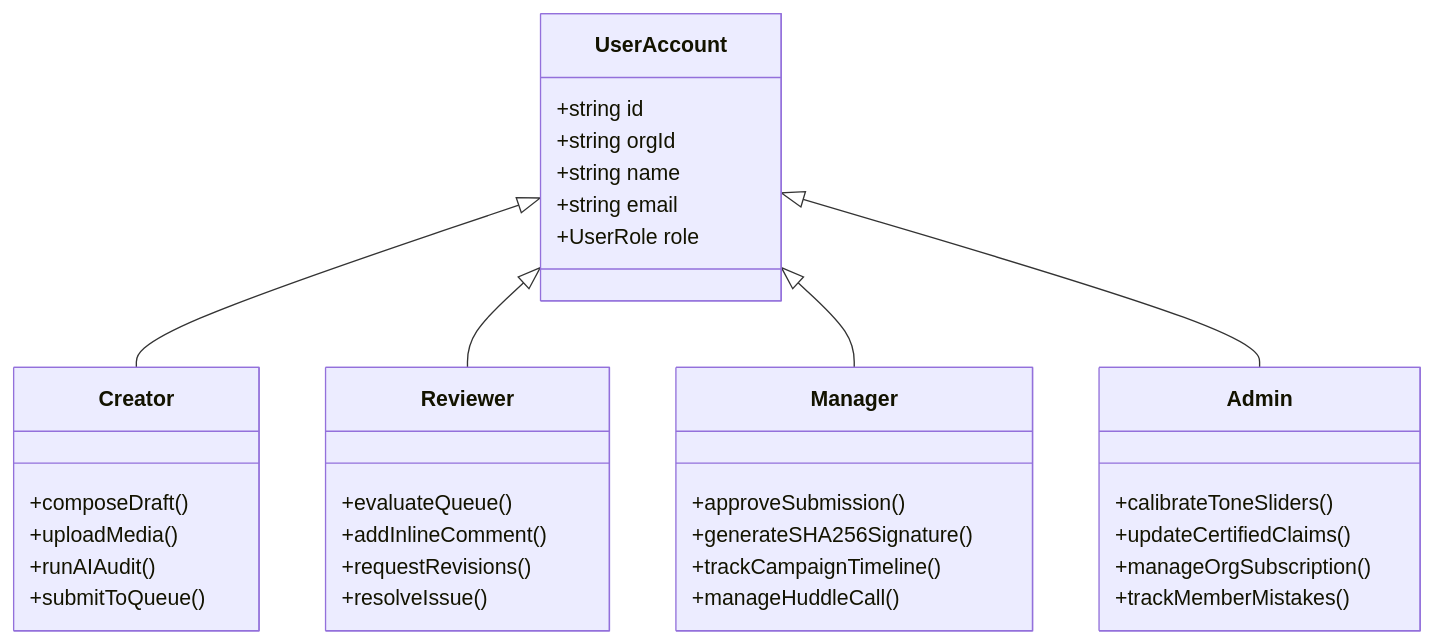
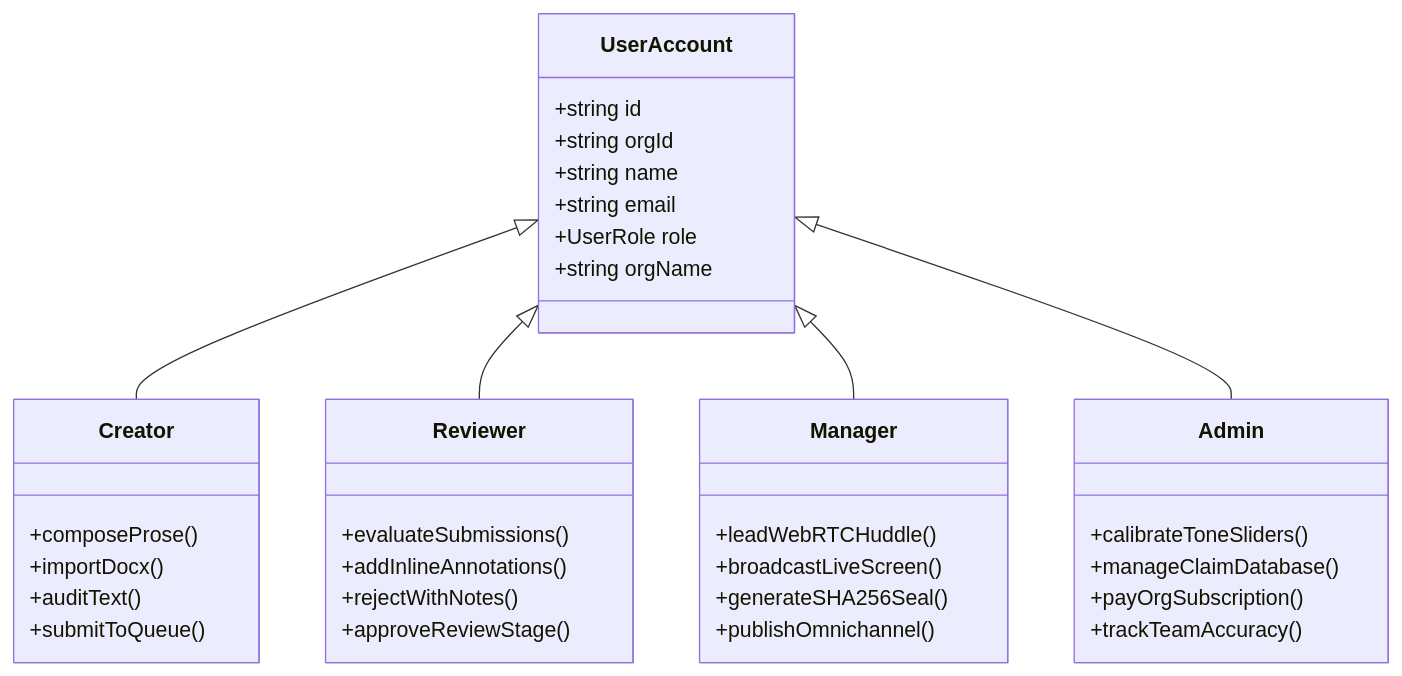
One commit to SmartyGamerZYT/VibeCheck-AI changed the third of 4 diagrams in Docs/PRD.md. Above: the diagram before and after it, drawn with Mermaid. The commit also changed other lines of this file and 14 other files, not shown here.

````diff
--- a/Docs/PRD.md
+++ b/Docs/PRD.md
@@ -43,38 +121,39 @@
 ```mermaid
 classDiagram
     class UserAccount {
         +string id
         +string orgId
         +string name
         +string email
         +UserRole role
+        +string orgName
     }
     class Creator {
-        +composeDraft()
-        +uploadMedia()
-        +runAIAudit()
+        +composeProse()
+        +importDocx()
+        +auditText()
         +submitToQueue()
     }
     class Reviewer {
-        +evaluateQueue()
-        +addInlineComment()
-        +requestRevisions()
-        +resolveIssue()
+        +evaluateSubmissions()
+        +addInlineAnnotations()
+        +rejectWithNotes()
+        +approveReviewStage()
     }
     class Manager {
-        +approveSubmission()
-        +generateSHA256Signature()
-        +trackCampaignTimeline()
-        +manageHuddleCall()
+        +leadWebRTCHuddle()
+        +broadcastLiveScreen()
+        +generateSHA256Seal()
+        +publishOmnichannel()
     }
     class Admin {
         +calibrateToneSliders()
-        +updateCertifiedClaims()
-        +manageOrgSubscription()
-        +trackMemberMistakes()
+        +manageClaimDatabase()
+        +payOrgSubscription()
+        +trackTeamAccuracy()
     }
     UserAccount <|-- Creator
     UserAccount <|-- Reviewer
     UserAccount <|-- Manager
     UserAccount <|-- Admin
 ```
````
